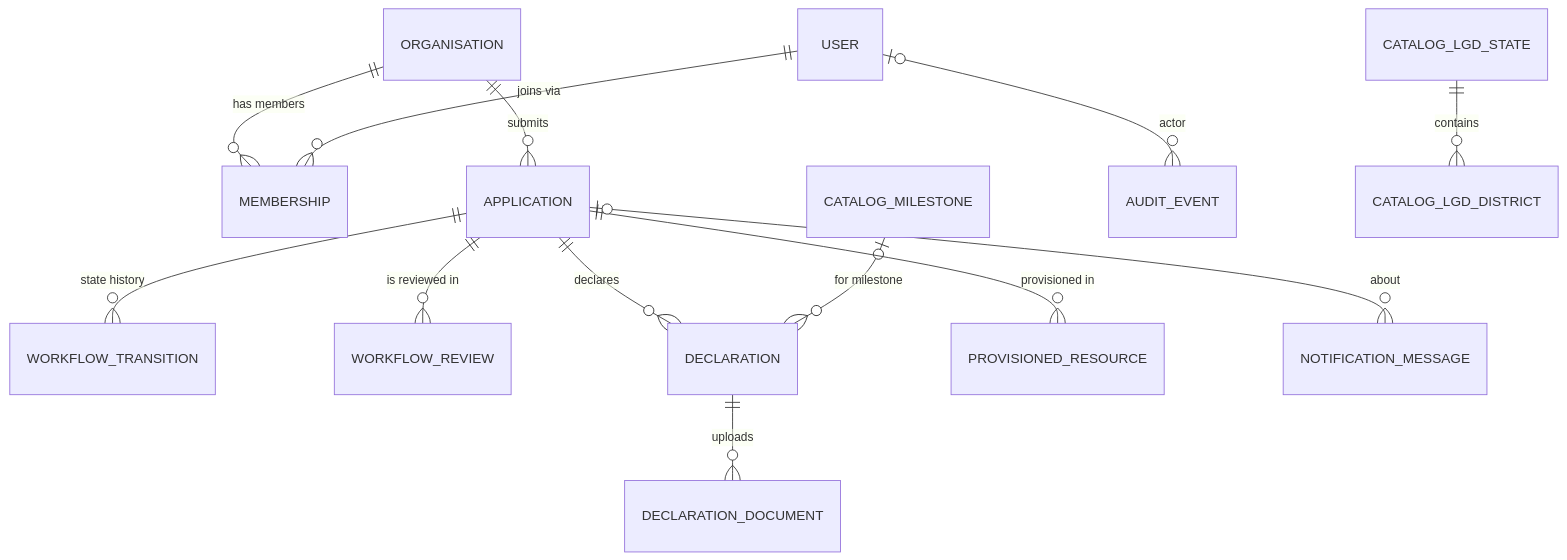
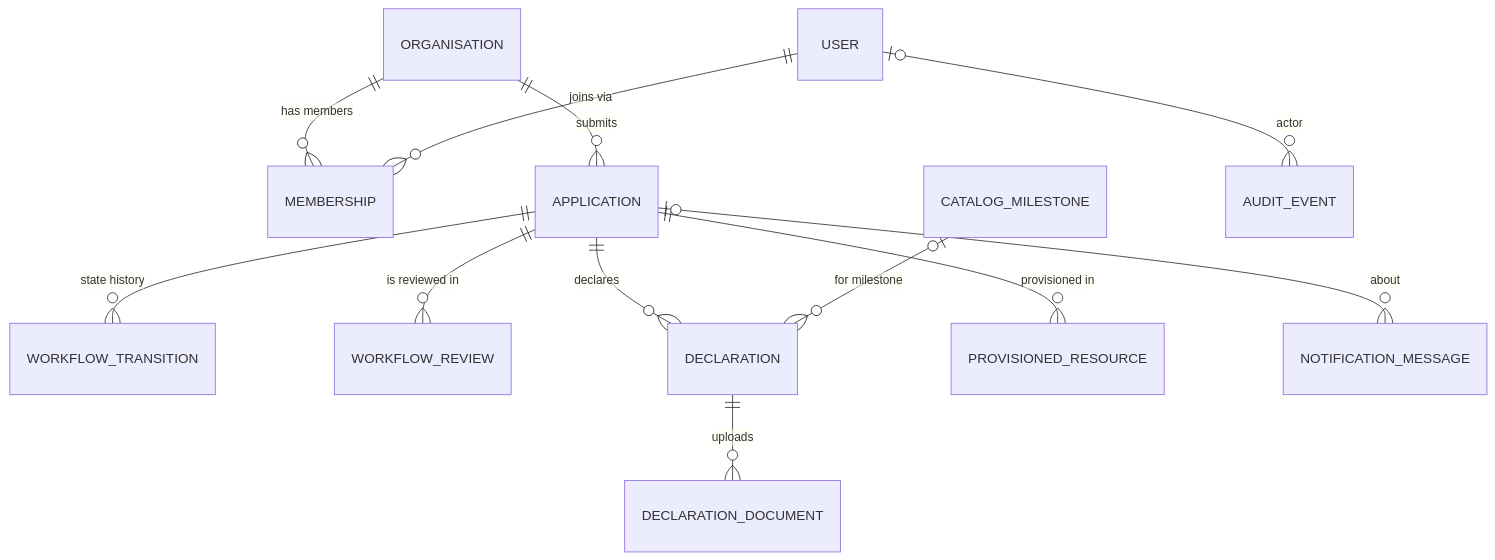
Before and after one commit to nha-in/sandbox: the diagram in plan/03-database.md, drawn with Mermaid. The commit also changed other lines of this file and 10 other files, not shown here.

````diff
--- a/plan/03-database.md
+++ b/plan/03-database.md
@@ -45,15 +45,14 @@
 ```mermaid
 erDiagram
     ORGANISATION ||--o{ MEMBERSHIP : "has members"
     USER ||--o{ MEMBERSHIP : "joins via"
     ORGANISATION ||--o{ APPLICATION : "submits"
     APPLICATION ||--o{ WORKFLOW_TRANSITION : "state history"
     APPLICATION ||--o{ WORKFLOW_REVIEW : "is reviewed in"
     APPLICATION ||--o{ DECLARATION : "declares"
     CATALOG_MILESTONE |o--o{ DECLARATION : "for milestone"
     DECLARATION ||--o{ DECLARATION_DOCUMENT : "uploads"
     APPLICATION ||--o{ PROVISIONED_RESOURCE : "provisioned in"
     APPLICATION |o--o{ NOTIFICATION_MESSAGE : "about"
     USER |o--o{ AUDIT_EVENT : "actor"
-    CATALOG_LGD_STATE ||--o{ CATALOG_LGD_DISTRICT : "contains"
 ```
````
